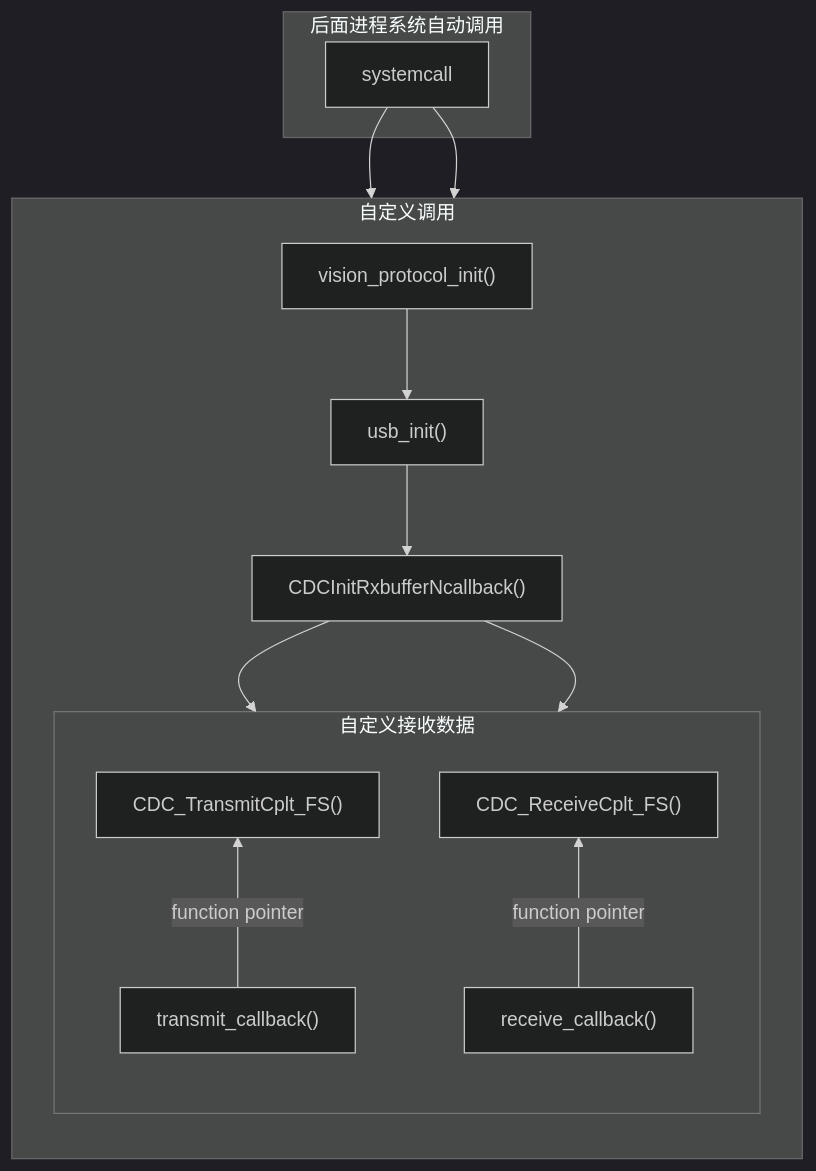
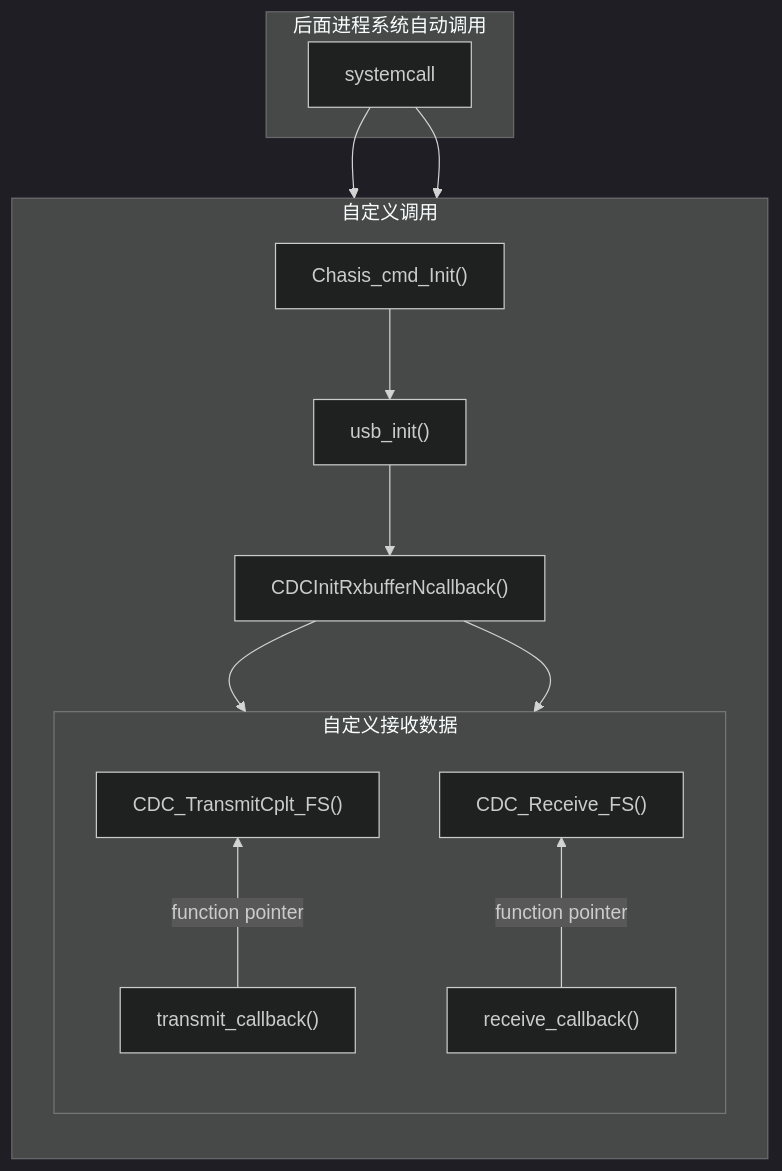
The first of 2 diagrams in Core/bsp/usb/usb.md (WeisonWEileen/ares_electronics), drawn with Mermaid (dark theme) before and after one commit. The commit also changed other lines of this file and 26 other files, not shown here.

````diff
--- a/Core/bsp/usb/usb.md
+++ b/Core/bsp/usb/usb.md
@@ -3,28 +3,28 @@
 ```mermaid
 flowchart TB;
 
     subgraph 自定义调用
         direction TB
-        id1["vision_protocol_init()"] --> id2["usb_init()"] -->id9["CDCInitRxbufferNcallback()"]
+        id1["Chasis_cmd_Init()"] --> id2["usb_init()"] -->id9["CDCInitRxbufferNcallback()"]
         id9 --> id3["transmit_callback()"]
         id9 --> id4["receive_callback()"]
 
         subgraph 自定义接收数据    
             direction BT
             id3--function pointer-->id5
             id4--function pointer-->id6
         end
     
     end
     
 
 
     
     subgraph 后面进程系统自动调用
     id7
     end
 
     id7[systemcall]-->id5["CDC_TransmitCplt_FS()"]
-    id7-->id6["CDC_ReceiveCplt_FS()"] 
+    id7-->id6["CDC_Receive_FS()"] 
 
 ```
````
